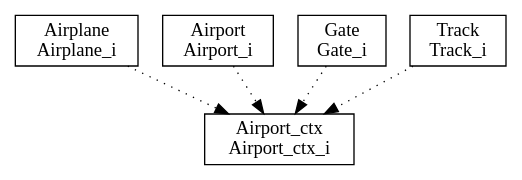
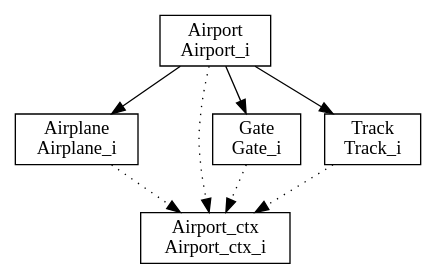
One commit to Telemaco98/airport changed the diagram in bdp/Airport.dot. Above: the diagram before and after it, drawn with Graphviz. The commit also changed 103 other files, not shown here.

```diff
--- a/bdp/Airport.dot
+++ b/bdp/Airport.dot
@@ -1,12 +1,15 @@
 digraph {
 Airplane_i [ label=" Airplane\nAirplane_i " shape= box ]
 Airport_ctx_i [ label=" Airport_ctx\nAirport_ctx_i " shape= box ]
 Airport_i [ label=" Airport\nAirport_i " shape= box ]
 Gate_i [ label=" Gate\nGate_i " shape= box ]
 Track_i [ label=" Track\nTrack_i " shape= box ]
 
 "Airplane_i" -> "Airport_ctx_i" [style= dotted ]
 "Airport_i" -> "Airport_ctx_i" [style= dotted ]
+"Airport_i" -> "Airplane_i" []
+"Airport_i" -> "Track_i" []
+"Airport_i" -> "Gate_i" []
 "Gate_i" -> "Airport_ctx_i" [style= dotted ]
 "Track_i" -> "Airport_ctx_i" [style= dotted ]
 }
```
